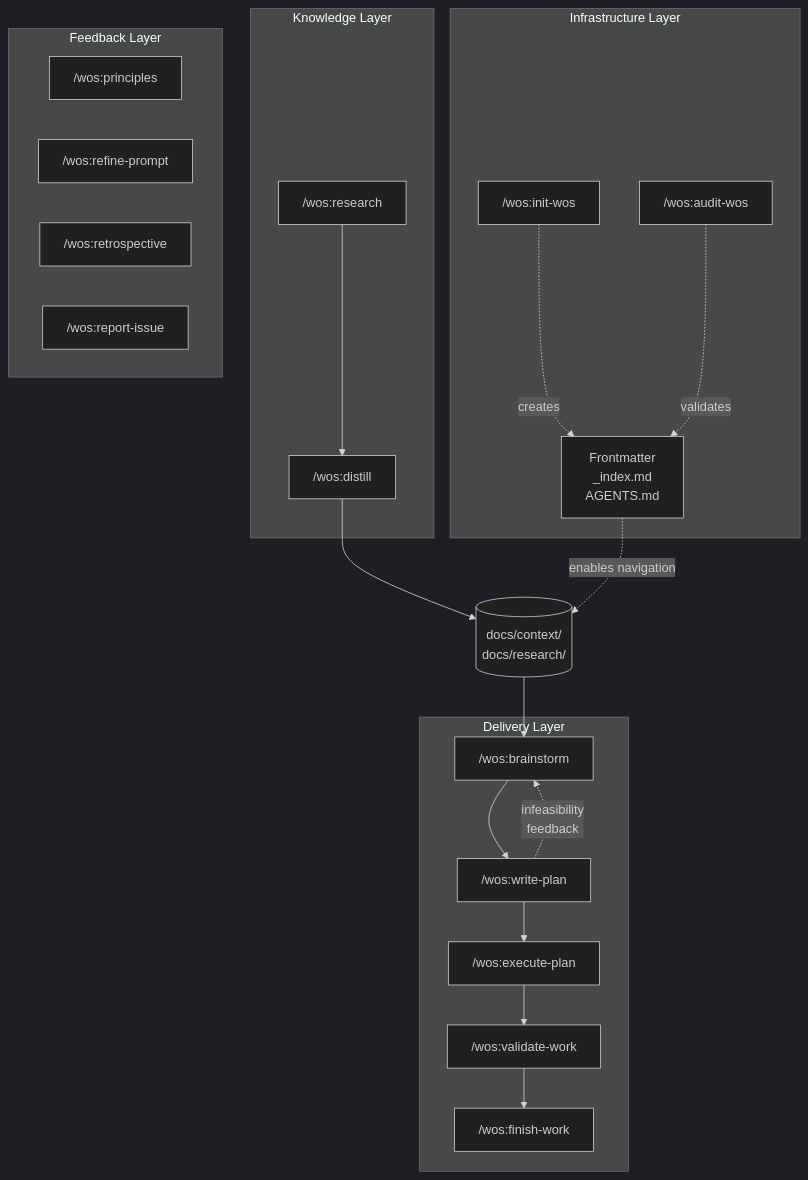
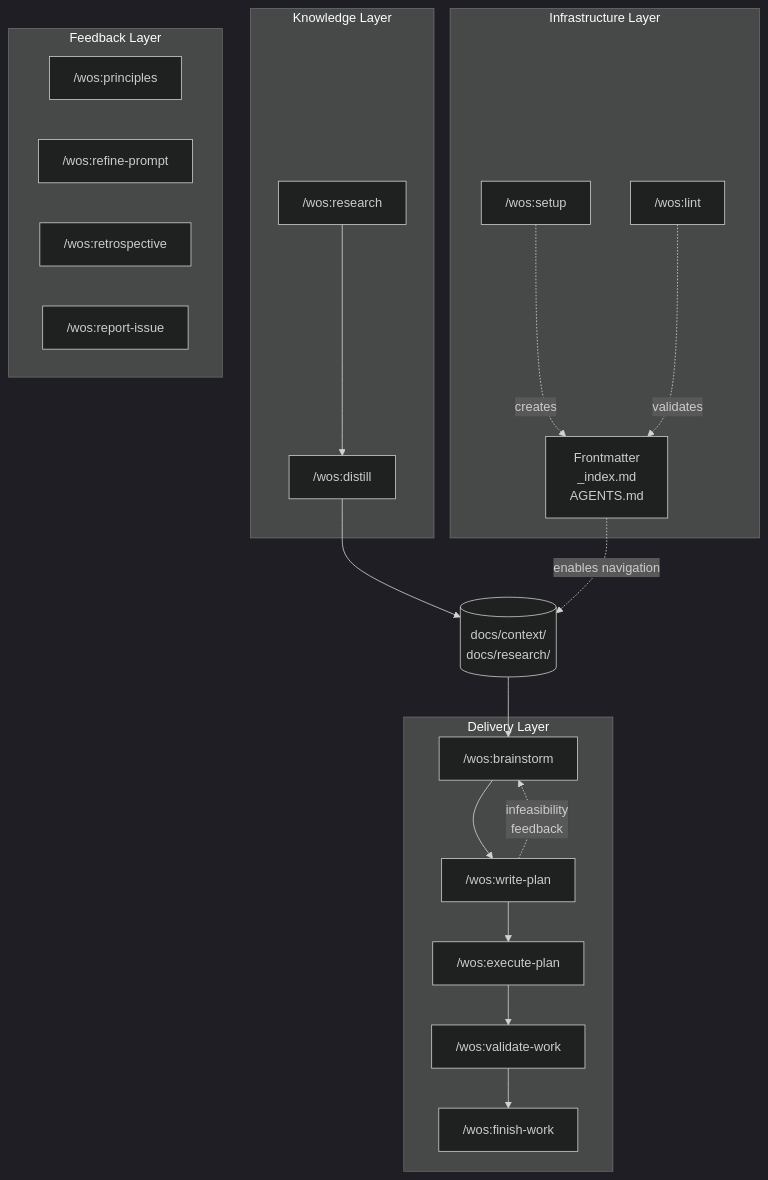
One commit to bcbeidel/toolkit changed the diagram in OVERVIEW.md. Above: the diagram before and after it, drawn with Mermaid (dark theme). The commit also changed other lines of this file and 30 other files, not shown here.

First line of the commit message:
feat: add wiki schema infrastructure (wos/wiki.py + SCHEMA.md template) (#233)

````diff
--- a/OVERVIEW.md
+++ b/OVERVIEW.md
@@ -9,32 +9,32 @@
 ```mermaid
 flowchart TB
     subgraph Knowledge["Knowledge Layer"]
         research["/wos:research"] --> distill["/wos:distill"]
     end
 
     distill --> context[("docs/context/\ndocs/research/")]
 
     subgraph Delivery["Delivery Layer"]
         brainstorm["/wos:brainstorm"] --> writeplan["/wos:write-plan"]
         writeplan --> executeplan["/wos:execute-plan"]
         executeplan --> validatework["/wos:validate-work"]
         validatework --> finishwork["/wos:finish-work"]
         writeplan -."infeasibility\nfeedback".-> brainstorm
     end
 
     context --> brainstorm
 
     subgraph Infrastructure["Infrastructure Layer"]
-        init["/wos:init-wos"] -."creates".-> discovery["Frontmatter\n_index.md\nAGENTS.md"]
-        audit-wos["/wos:audit-wos"] -."validates".-> discovery
+        init["/wos:setup"] -."creates".-> discovery["Frontmatter\n_index.md\nAGENTS.md"]
+        lint["/wos:lint"] -."validates".-> discovery
     end
 
     discovery -."enables navigation".-> context
 
     subgraph Feedback["Feedback Layer"]
         principles["/wos:principles"]
         refineprompt["/wos:refine-prompt"]
         retrospective["/wos:retrospective"]
         reportissue["/wos:report-issue"]
     end
 ```
````
